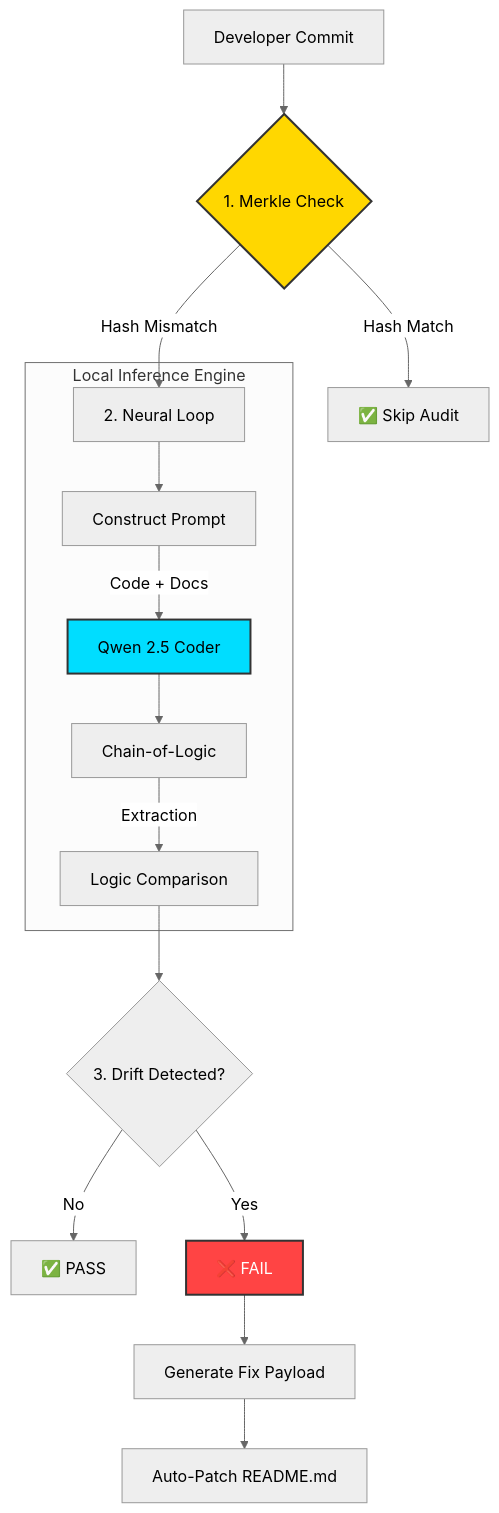
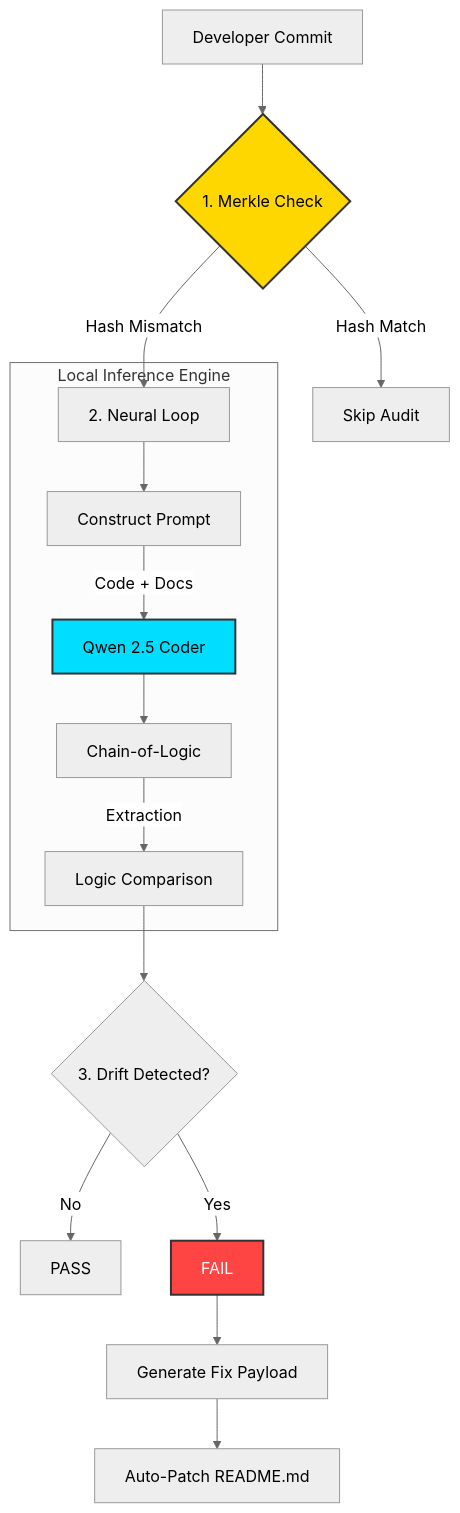
One commit to actions-marketplace-validations/srivatsa-source_dockdesk changed the diagram in README.md. Above: the diagram before and after it, drawn with Mermaid (neutral theme). The commit also changed other lines of this file, not shown here.

````diff
--- a/README.md
+++ b/README.md
@@ -32,24 +32,24 @@
 ```mermaid
 graph TD
     A[Developer Commit] --> B{1. Merkle Check};
-    B -- Hash Match --> C[✅ Skip Audit];
+    B -- Hash Match --> C[Skip Audit];
     B -- Hash Mismatch --> D[2. Neural Loop];
     
     subgraph "Local Inference Engine"
     D --> E[Construct Prompt];
     E -- Code + Docs --> F[Qwen 2.5 Coder];
     F --> G[Chain-of-Logic];
     G -- Extraction --> H[Logic Comparison];
     end
     
     H --> I{3. Drift Detected?};
-    I -- No --> J[✅ PASS];
-    I -- Yes --> K[❌ FAIL];
+    I -- No --> J[PASS];
+    I -- Yes --> K[FAIL];
     
     K --> L[Generate Fix Payload];
     L --> M[Auto-Patch README.md];
     
     style F fill:#00ddff,stroke:#333,stroke-width:2px,color:black
     style B fill:#ffd700,stroke:#333,stroke-width:2px,color:black
     style K fill:#ff4444,stroke:#333,stroke-width:2px,color:white
 ```
````
